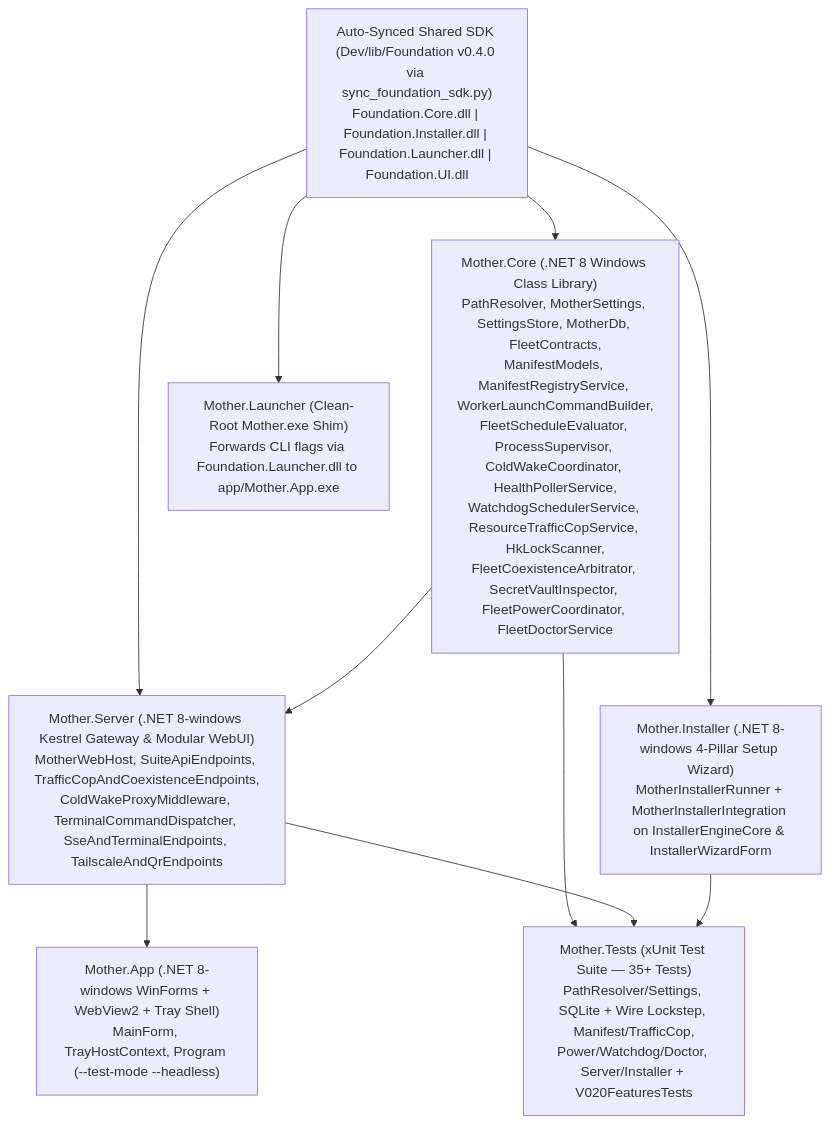
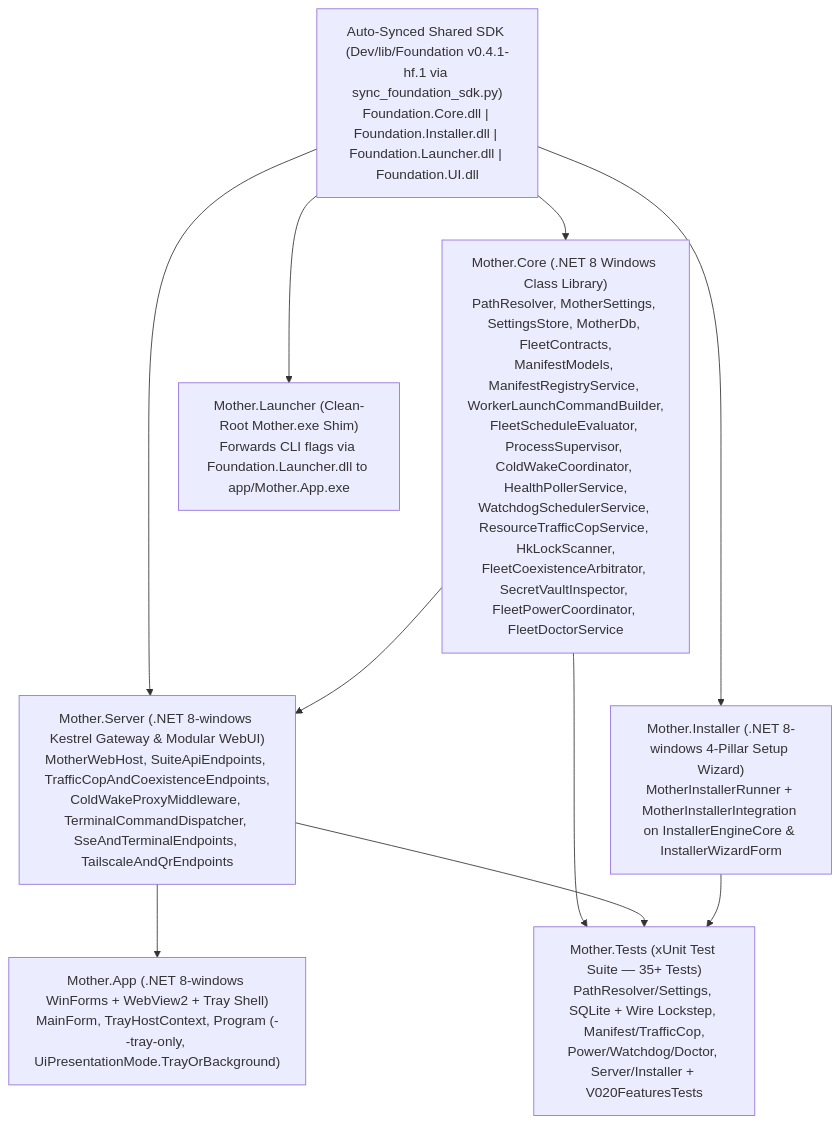
One commit to StreamItAllGit/Mother changed the second of 2 diagrams in Dev/docs/ARCHITECTURE.md. Above: the diagram before and after it, drawn with Mermaid. The commit also changed other lines of this file and 69 other files, not shown here.

Commit message:
Mother v0.2.0-hf.1: Foundation v0.4.1-hf.1 sync, remove Sandbox/test-mode harness, Tier A layout

````diff
--- a/Dev/docs/ARCHITECTURE.md
+++ b/Dev/docs/ARCHITECTURE.md
@@ -75,20 +75,20 @@
 ```mermaid
 flowchart TD
-    Fnd["Auto-Synced Shared SDK (Dev/lib/Foundation v0.4.0 via sync_foundation_sdk.py)\nFoundation.Core.dll | Foundation.Installer.dll | Foundation.Launcher.dll | Foundation.UI.dll"]
+    Fnd["Auto-Synced Shared SDK (Dev/lib/Foundation v0.4.1-hf.1 via sync_foundation_sdk.py)\nFoundation.Core.dll | Foundation.Installer.dll | Foundation.Launcher.dll | Foundation.UI.dll"]
     MCore["Mother.Core (.NET 8 Windows Class Library)\nPathResolver, MotherSettings, SettingsStore, MotherDb, FleetContracts,\nManifestModels, ManifestRegistryService, WorkerLaunchCommandBuilder,\nFleetScheduleEvaluator, ProcessSupervisor, ColdWakeCoordinator, HealthPollerService,\nWatchdogSchedulerService, ResourceTrafficCopService, HkLockScanner,\nFleetCoexistenceArbitrator, SecretVaultInspector, FleetPowerCoordinator, FleetDoctorService"]
     MServer["Mother.Server (.NET 8-windows Kestrel Gateway & Modular WebUI)\nMotherWebHost, SuiteApiEndpoints, TrafficCopAndCoexistenceEndpoints,\nColdWakeProxyMiddleware, TerminalCommandDispatcher, SseAndTerminalEndpoints, TailscaleAndQrEndpoints"]
-    MApp["Mother.App (.NET 8-windows WinForms + WebView2 + Tray Shell)\nMainForm, TrayHostContext, Program (--test-mode --headless)"]
+    MApp["Mother.App (.NET 8-windows WinForms + WebView2 + Tray Shell)\nMainForm, TrayHostContext, Program (--tray-only, UiPresentationMode.TrayOrBackground)"]
     MLauncher["Mother.Launcher (Clean-Root Mother.exe Shim)\nForwards CLI flags via Foundation.Launcher.dll to app/Mother.App.exe"]
     MInst["Mother.Installer (.NET 8-windows 4-Pillar Setup Wizard)\nMotherInstallerRunner + MotherInstallerIntegration on InstallerEngineCore & InstallerWizardForm"]
     MTests["Mother.Tests (xUnit Test Suite — 35+ Tests)\nPathResolver/Settings, SQLite + Wire Lockstep, Manifest/TrafficCop,\nPower/Watchdog/Doctor, Server/Installer + V020FeaturesTests"]
 
     Fnd --> MCore
     Fnd --> MServer
     Fnd --> MLauncher
     Fnd --> MInst
     MCore --> MServer
     MServer --> MApp
     MCore --> MTests
     MServer --> MTests
     MInst --> MTests
 ```
````
